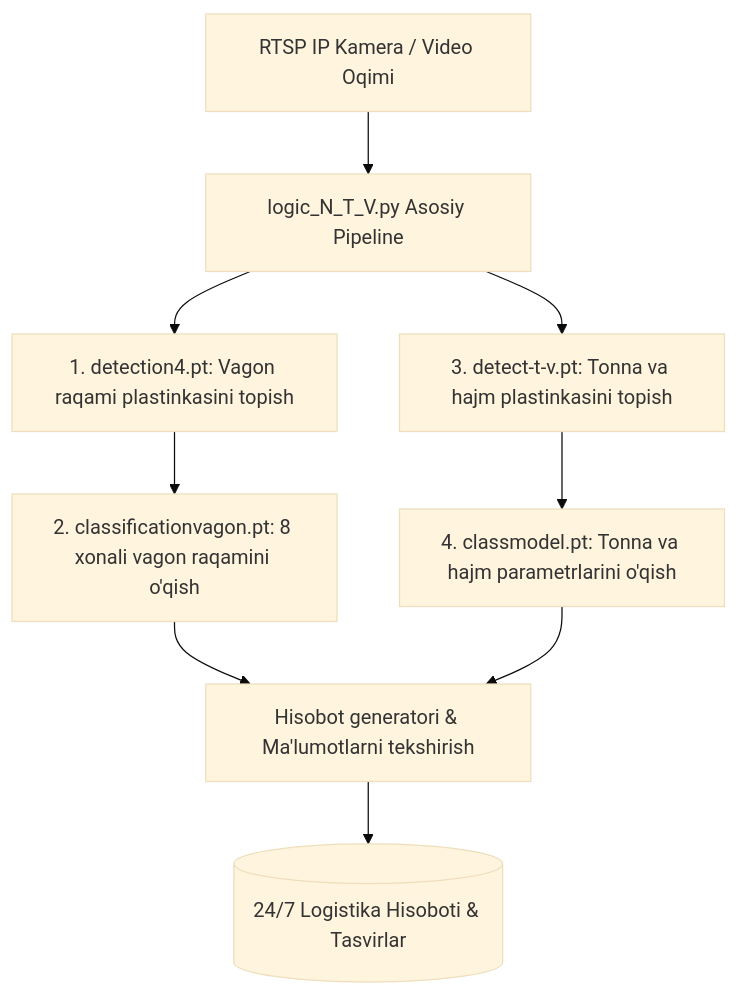
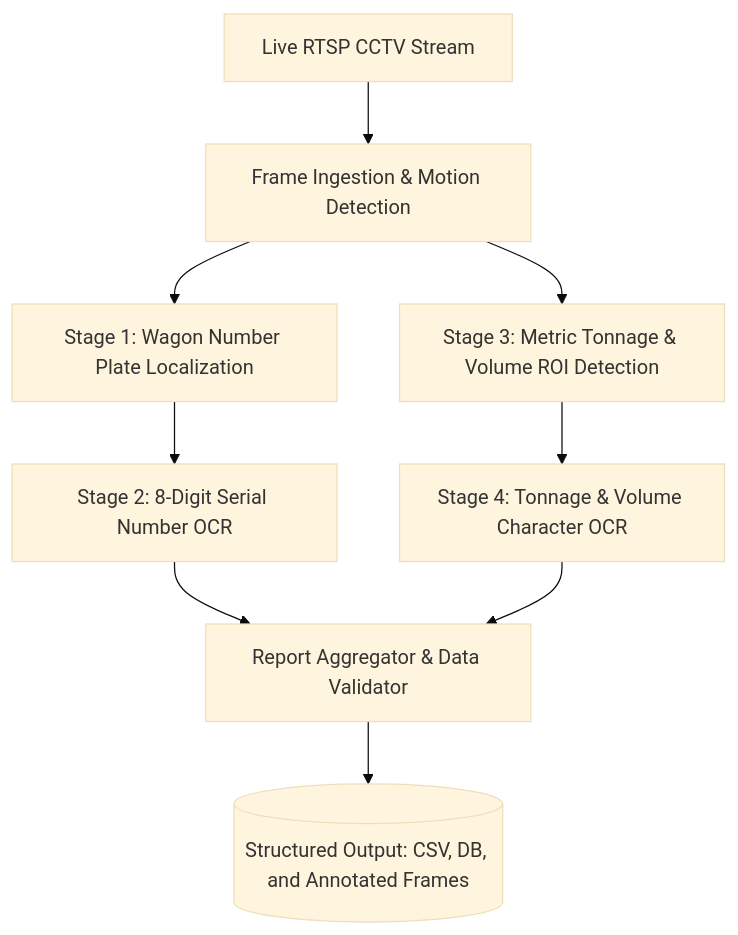
The diagram in README.md (quvonchbek212/rail-wagon-vision-ai), drawn with Mermaid (base theme) before and after one commit. The commit also changed other lines of this file, not shown here.

````diff
--- a/README.md
+++ b/README.md
@@ -36,11 +39,11 @@
 ```mermaid
 graph TD
-    A[RTSP IP Kamera / Video Oqimi] --> B[logic_N_T_V.py Asosiy Pipeline]
-    B --> C[1. detection4.pt: Vagon raqami plastinkasini topish]
-    C --> D[2. classificationvagon.pt: 8 xonali vagon raqamini o'qish]
-    B --> E[3. detect-t-v.pt: Tonna va hajm plastinkasini topish]
-    E --> F[4. classmodel.pt: Tonna va hajm parametrlarini o'qish]
-    D --> G[Hisobot generatori & Ma'lumotlarni tekshirish]
+    A[Live RTSP CCTV Stream] --> B[Frame Ingestion & Motion Detection]
+    B --> C[Stage 1: Wagon Number Plate Localization]
+    C --> D[Stage 2: 8-Digit Serial Number OCR]
+    B --> E[Stage 3: Metric Tonnage & Volume ROI Detection]
+    E --> F[Stage 4: Tonnage & Volume Character OCR]
+    D --> G[Report Aggregator & Data Validator]
     F --> G
-    G --> H[(24/7 Logistika Hisoboti & Tasvirlar)]
+    G --> H[(Structured Output: CSV, DB, and Annotated Frames)]
 ```
````
